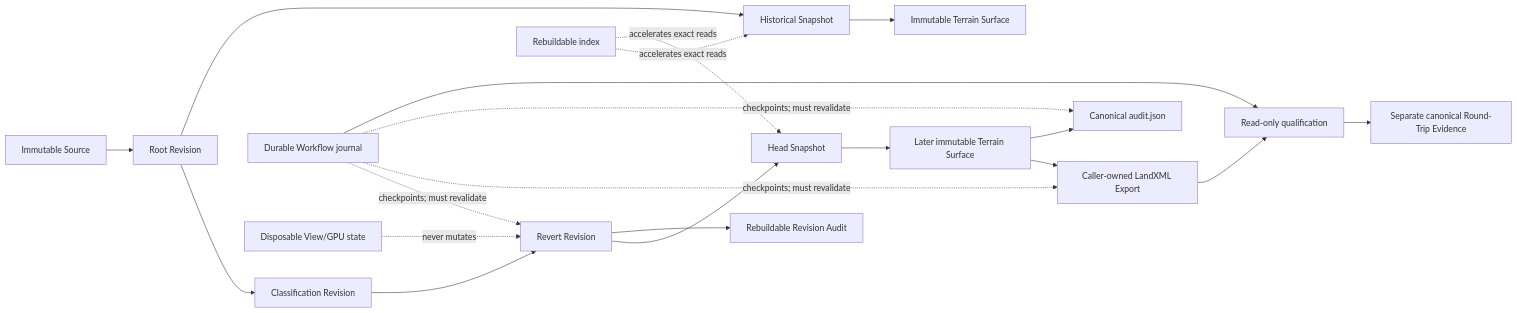
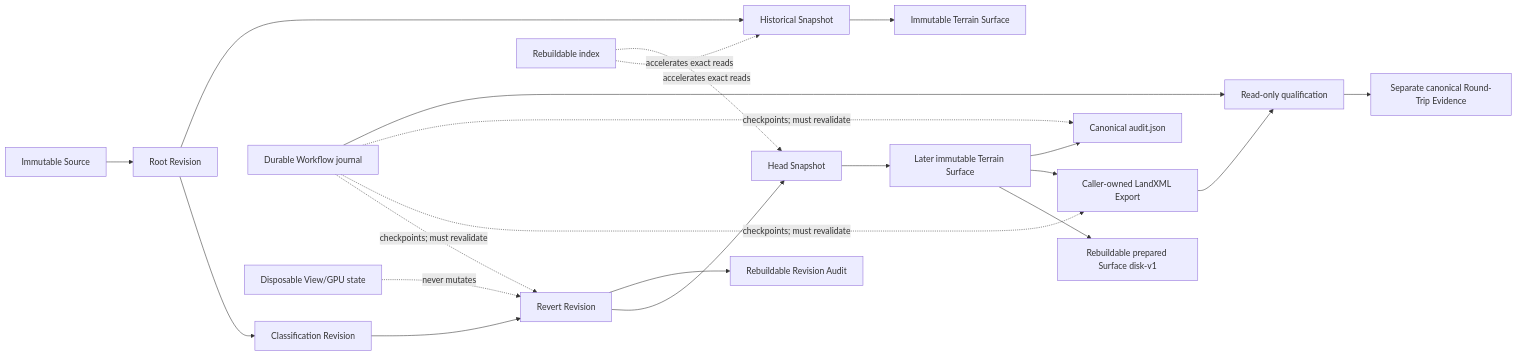
One commit to xxibcill/punctra changed diagram 14 of 14 in docs/architecture/workflows.md. Above: the diagram before and after it, drawn with Mermaid. The commit also changed other lines of this file and 38 other files, not shown here.

```diff
--- a/docs/architecture/workflows.md
+++ b/docs/architecture/workflows.md
@@ -504,22 +566,23 @@
 ~~~mermaid
 flowchart LR
     SRC["Immutable Source"] --> R0["Root Revision"]
     R0 --> R1["Classification Revision"]
     R1 --> R2["Revert Revision"]
     R0 --> S0["Historical Snapshot"]
     R2 --> S2["Head Snapshot"]
     IDX["Rebuildable index"] -. "accelerates exact reads" .-> S0
     IDX -. "accelerates exact reads" .-> S2
     S0 --> T0["Immutable Terrain Surface"]
     S2 --> T2["Later immutable Terrain Surface"]
+    T2 --> P2["Rebuildable prepared Surface disk-v1"]
     T2 --> XML["Caller-owned LandXML Export"]
     R2 --> AUD["Rebuildable Revision Audit"]
     T2 --> REP["Canonical audit.json"]
     RUN["Durable Workflow journal"] -. "checkpoints; must revalidate" .-> R2
     RUN -. "checkpoints; must revalidate" .-> XML
     RUN -. "checkpoints; must revalidate" .-> REP
     RUN --> QUAL["Read-only qualification"]
     XML --> QUAL
     QUAL --> EVID["Separate canonical Round-Trip Evidence"]
     VIEW["Disposable View/GPU state"] -. "never mutates" .-> R2
 ~~~
```
